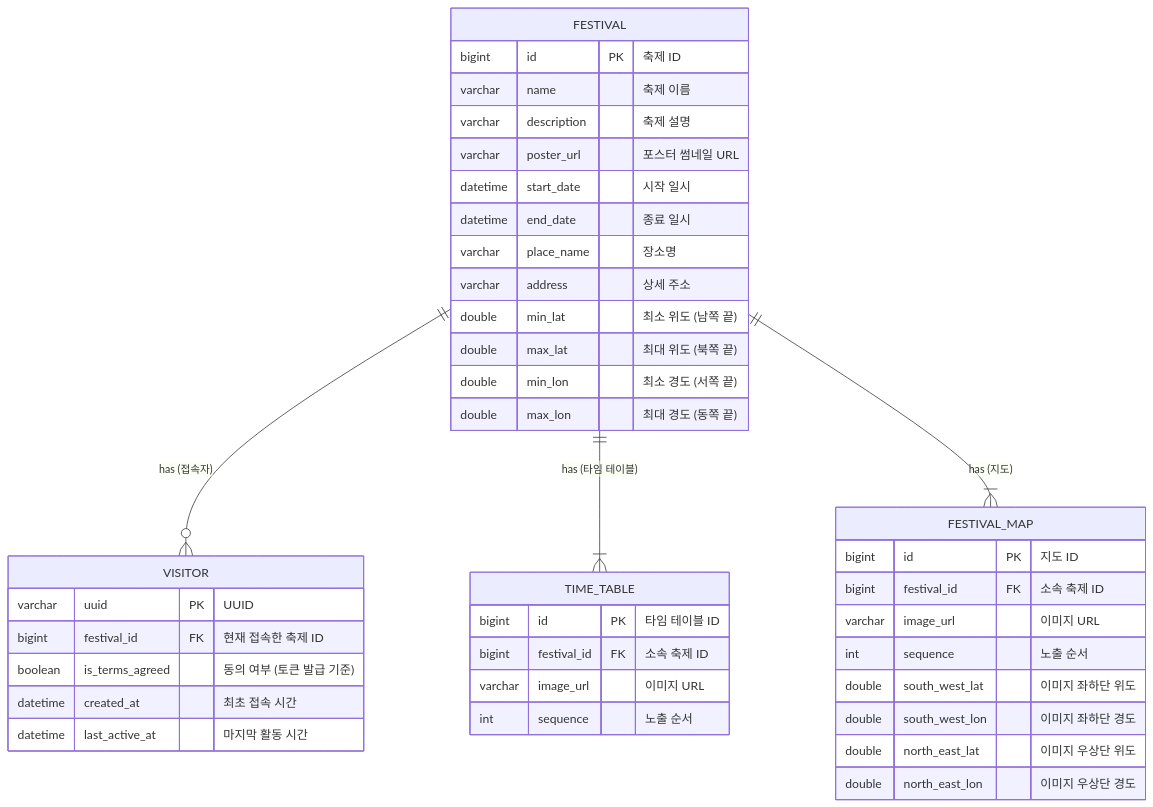
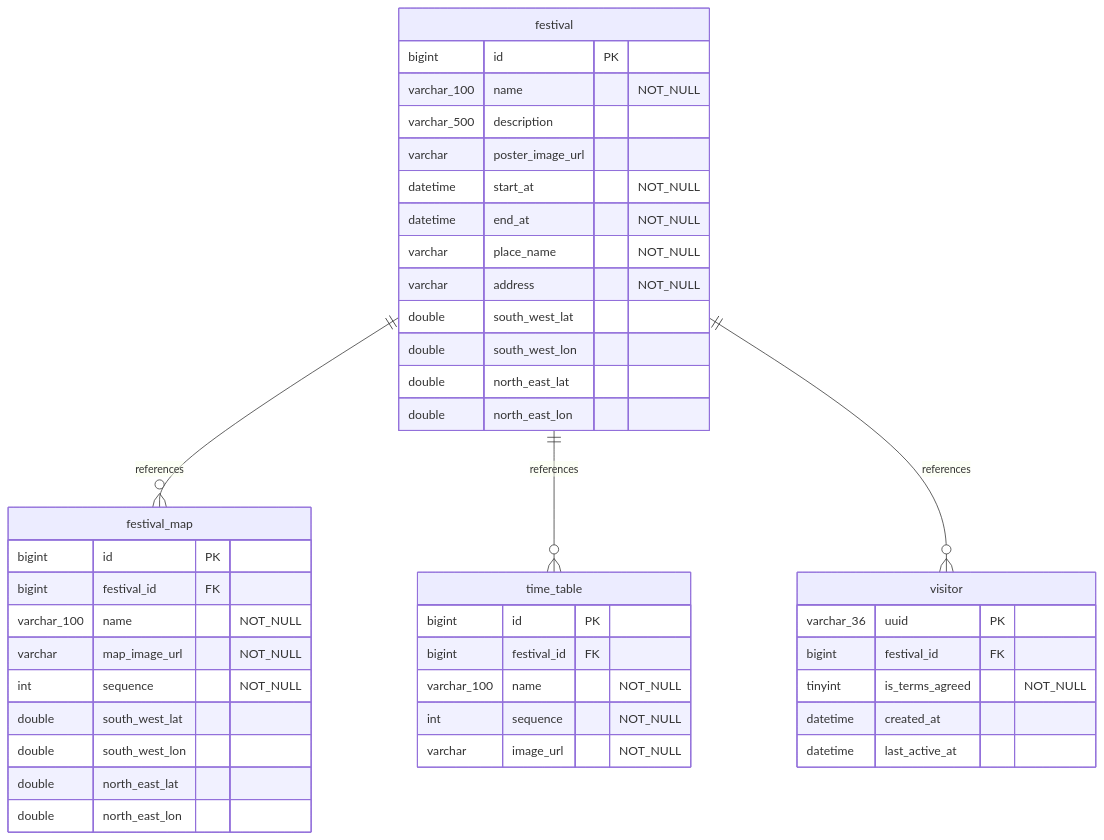
The diagram in docs/erd.md (wagle-project/wagle-server), drawn with Mermaid before and after one commit. The commit also changed other lines of this file and 2 other files, not shown here.

Commit message:
docs: DDL 기반 ERD 자동 생성 구조 추가
- docs/erd/wagle.sql: 엔티티 기반 DDL 작성
- docs/erd/sql_to_mermaid.py: SQL → Mermaid ERD 변환 스크립트 추가
- docs/erd.md: 수정된 컬럼명 반영하여 ERD 재생성

````diff
--- a/docs/erd.md
+++ b/docs/erd.md
@@ -1,51 +3,50 @@
 ```mermaid
 erDiagram
-    FESTIVAL ||--o{ VISITOR : "has (접속자)"
-    FESTIVAL ||--|{ TIME_TABLE : "has (타임 테이블)"
-    FESTIVAL ||--|{ FESTIVAL_MAP : "has (지도)"
+    festival ||--o{ festival_map : "references"
+    festival ||--o{ time_table : "references"
+    festival ||--o{ visitor : "references"
 
-		VISITOR {
-        varchar uuid PK "UUID"
-        bigint festival_id FK "현재 접속한 축제 ID"
-        boolean is_terms_agreed "동의 여부 (토큰 발급 기준)"
-        datetime created_at "최초 접속 시간"
-        datetime last_active_at "마지막 활동 시간"
+    festival {
+        bigint id PK
+        varchar_100 name "NOT_NULL"
+        varchar_500 description
+        varchar poster_image_url
+        datetime start_at "NOT_NULL"
+        datetime end_at "NOT_NULL"
+        varchar place_name "NOT_NULL"
+        varchar address "NOT_NULL"
+        double south_west_lat
+        double south_west_lon
+        double north_east_lat
+        double north_east_lon
     }
 
-		FESTIVAL {
-        bigint id PK "축제 ID"
-        varchar name "축제 이름"
-        varchar description "축제 설명"
-        varchar poster_url "포스터 썸네일 URL"
-        datetime start_date "시작 일시"
-        datetime end_date "종료 일시"
-        varchar place_name "장소명"
-        varchar address "상세 주소"    
-            
-        %% 축제 허용 범위
-        double min_lat "최소 위도 (남쪽 끝)"
-        double max_lat "최대 위도 (북쪽 끝)"
-        double min_lon "최소 경도 (서쪽 끝)"
-        double max_lon "최대 경도 (동쪽 끝)"
+    festival_map {
+        bigint id PK
+        bigint festival_id FK
+        varchar_100 name "NOT_NULL"
+        varchar map_image_url "NOT_NULL"
+        int sequence "NOT_NULL"
+        double south_west_lat
+        double south_west_lon
+        double north_east_lat
+        double north_east_lon
     }
 
-    TIME_TABLE {
-        bigint id PK "타임 테이블 ID"
-        bigint festival_id FK "소속 축제 ID"
-        varchar image_url "이미지 URL"
-        int sequence "노출 순서"
+    time_table {
+        bigint id PK
+        bigint festival_id FK
+        varchar_100 name "NOT_NULL"
+        int sequence "NOT_NULL"
+        varchar image_url "NOT_NULL"
     }
-    
-    FESTIVAL_MAP {
-        bigint id PK "지도 ID"
-        bigint festival_id FK "소속 축제 ID"
-        varchar image_url "이미지 URL"
-        int sequence "노출 순서"
-        
-        %% 이미지를 지도에 매핑하기 위한 좌표 (Ground Overlay용)
-        double south_west_lat "이미지 좌하단 위도"
-        double south_west_lon "이미지 좌하단 경도"
-        double north_east_lat "이미지 우상단 위도"
-        double north_east_lon "이미지 우상단 경도"
+
+    visitor {
+        varchar_36 uuid PK
+        bigint festival_id FK
+        tinyint is_terms_agreed "NOT_NULL"
+        datetime created_at
+        datetime last_active_at
     }
+
 ```
````
